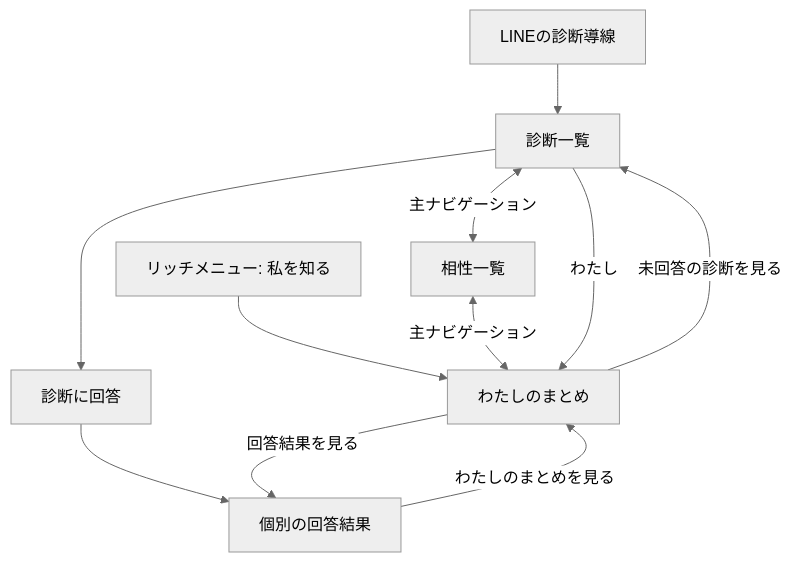
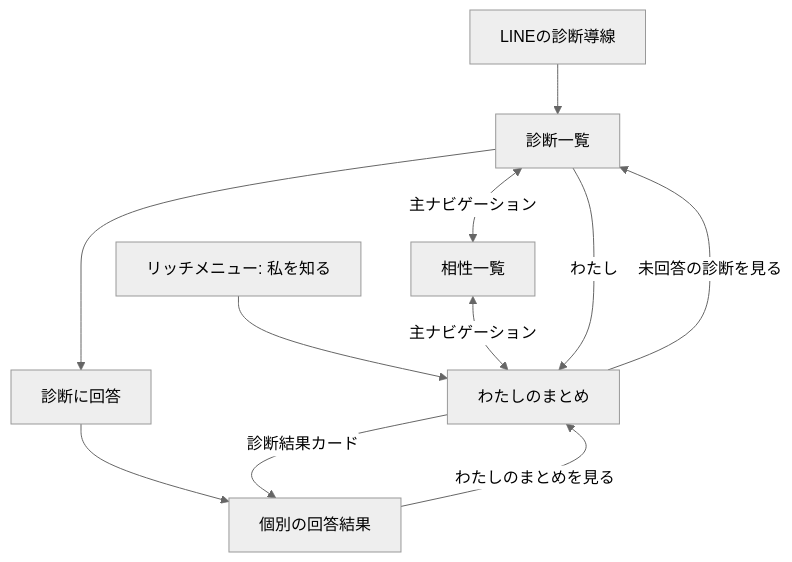
Before and after one commit to kkyosuke/me-builder: the first of 3 diagrams in docs/product/profile-summary-experience.md, drawn with Mermaid (neutral theme). The commit also changed other lines of this file and 2 other files, not shown here.

````diff
--- a/docs/product/profile-summary-experience.md
+++ b/docs/product/profile-summary-experience.md
@@ -149,13 +141,13 @@
 ```mermaid
 flowchart TD
     L[LINEの診断導線] --> H[診断一覧]
     M[リッチメニュー: 私を知る] --> P[わたしのまとめ]
     H <-->|主ナビゲーション| C[相性一覧]
     C <-->|主ナビゲーション| P
     H --> Q[診断に回答]
     Q --> R[個別の回答結果]
     H -->|わたし| P
     R -->|わたしのまとめを見る| P
-    P -->|回答結果を見る| R
+    P -->|診断結果カード| R
     P -->|未回答の診断を見る| H
 ```
````
